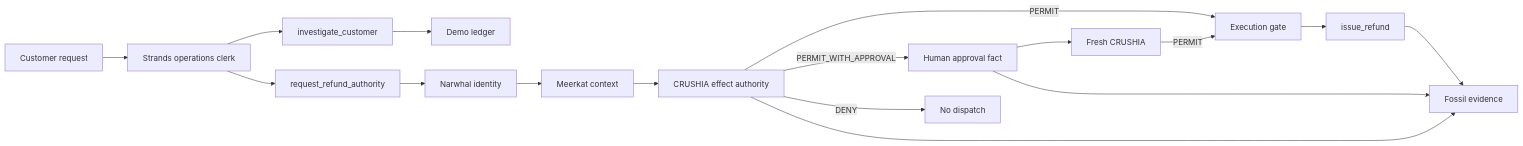
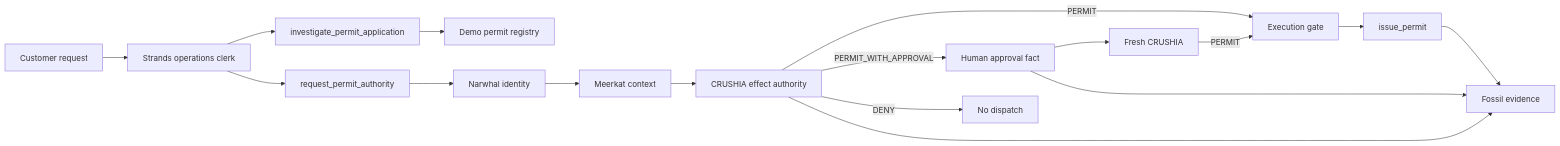
Before and after one commit to hood-intelligence/hiop-governed-operations-agent: the diagram in docs/ARCHITECTURE.md, drawn with Mermaid. The commit also changed other lines of this file and 6 other files, not shown here.

````diff
--- a/docs/ARCHITECTURE.md
+++ b/docs/ARCHITECTURE.md
@@ -3,19 +3,19 @@
 ```mermaid
 flowchart LR
   C[Customer request] --> S[Strands operations clerk]
-  S --> I[investigate_customer]
-  I --> L[Demo ledger]
-  S --> A[request_refund_authority]
+  S --> I[investigate_permit_application]
+  I --> L[Demo permit registry]
+  S --> A[request_permit_authority]
   A --> N[Narwhal identity]
   N --> M[Meerkat context]
   M --> CR[CRUSHIA effect authority]
   CR -->|PERMIT| G[Execution gate]
   CR -->|PERMIT_WITH_APPROVAL| H[Human approval fact]
   CR -->|DENY| X[No dispatch]
   H --> CR2[Fresh CRUSHIA]
   CR2 -->|PERMIT| G
-  G --> E[issue_refund]
+  G --> E[issue_permit]
   E --> F[Fossil evidence]
   CR --> F
   H --> F
 ```
````
